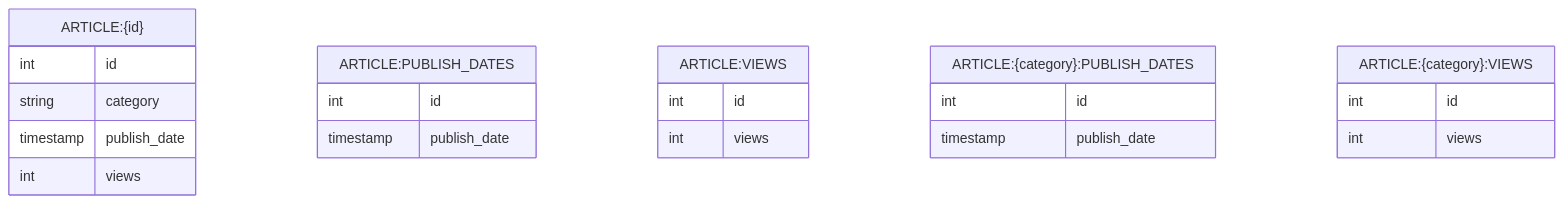
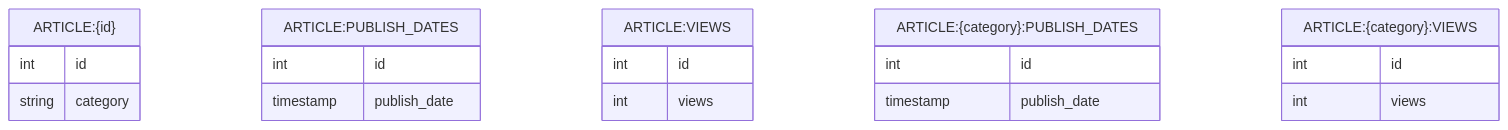
Before and after one commit to Arnasst/nereliacines-news-portal: the third of 3 diagrams in README.md, drawn with Mermaid. The commit also changed 2 other files, not shown here.

Commit message:
Remove views and publish_date fields

````diff
--- a/README.md
+++ b/README.md
@@ -96,31 +96,29 @@
 ```mermaid
 
 erDiagram
     "ARTICLE:{id}" {
         int id
         string category
-        timestamp publish_date
-        int views
     }
 
     "ARTICLE:PUBLISH_DATES" {
         int id
         timestamp publish_date
     }
 
     "ARTICLE:VIEWS" {
         int id
         int views
     }
 
     "ARTICLE:{category}:PUBLISH_DATES" {
         int id
         timestamp publish_date
     }
 
     "ARTICLE:{category}:VIEWS" {
         int id
         int views
     }
 
 ```
````
